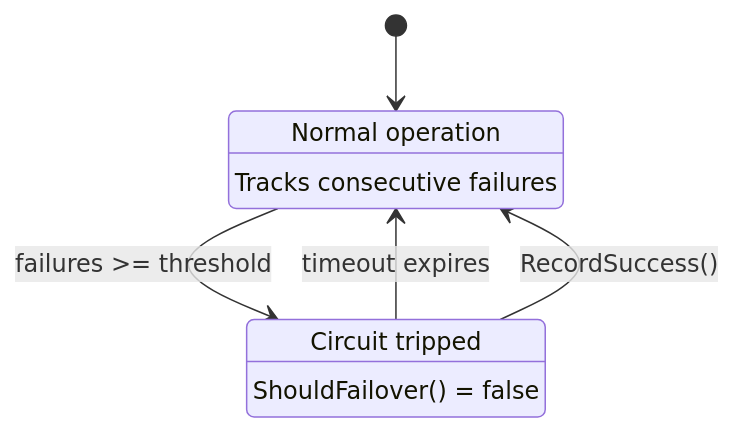
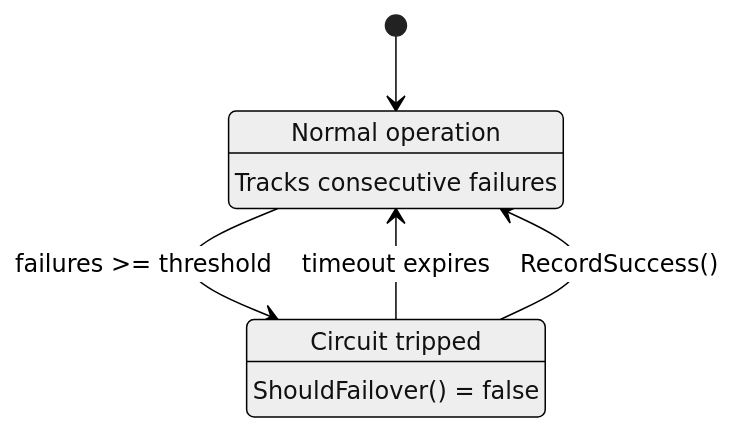
The diagram in docs/strategy-policy.md (arloliu/helix), drawn with Mermaid before and after one commit. The commit also changed 2 other files, not shown here.

Commit message:
docs: improve mermaid diagrams

````diff
--- a/docs/strategy-policy.md
+++ b/docs/strategy-policy.md
@@ -297,12 +297,14 @@
 ```mermaid
+%%{init:{'theme':'neutral'}}%%
+
 stateDiagram-v2
     [*] --> CLOSED
     CLOSED --> OPEN : failures >= threshold
     OPEN --> CLOSED : timeout expires
     OPEN --> CLOSED : RecordSuccess()
 
     CLOSED : Normal operation
     CLOSED : Tracks consecutive failures
     OPEN : Circuit tripped
     OPEN : ShouldFailover() = false
 ```
````
